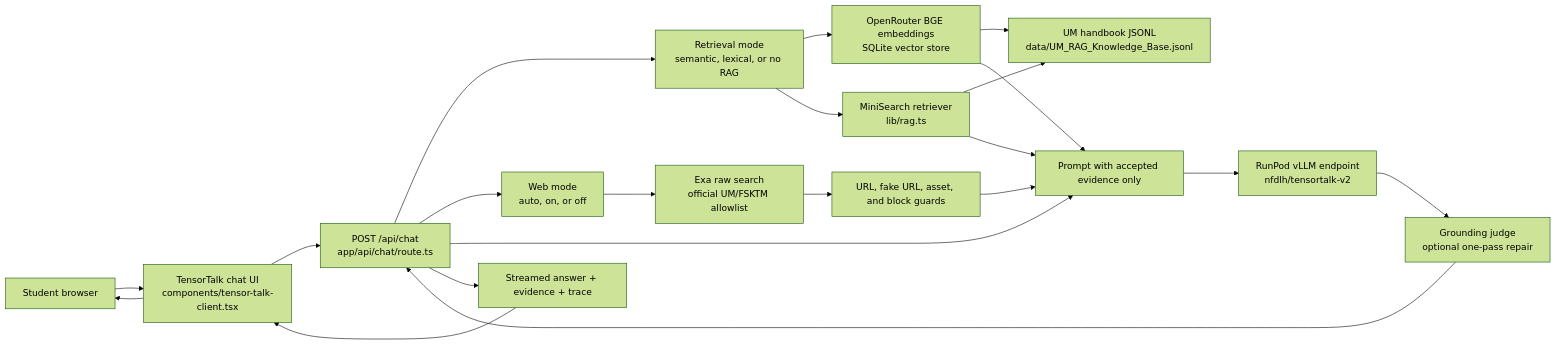
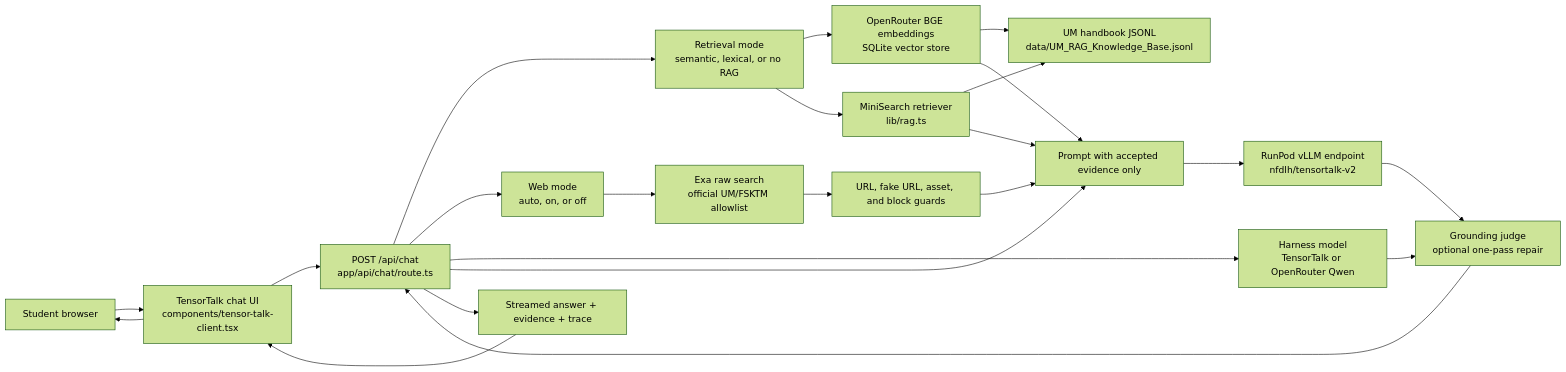
Before and after one commit to nfdlh/tensor-talk: the diagram in README.md, drawn with Mermaid (forest theme). The commit also changed other lines of this file and 9 other files, not shown here.

Commit message:
feat: add harness model switch

````diff
--- a/README.md
+++ b/README.md
@@ -17,29 +17,32 @@
 ```mermaid
 flowchart LR
   User["Student browser"]
   UI["TensorTalk chat UI<br/>components/tensor-talk-client.tsx"]
   API["POST /api/chat<br/>app/api/chat/route.ts"]
   Mode["Retrieval mode<br/>semantic, lexical, or no RAG"]
   WebMode["Web mode<br/>auto, on, or off"]
+  Harness["Harness model<br/>TensorTalk or OpenRouter Qwen"]
   Semantic["OpenRouter BGE embeddings<br/>SQLite vector store"]
   Lexical["MiniSearch retriever<br/>lib/rag.ts"]
   Exa["Exa raw search<br/>official UM/FSKTM allowlist"]
   Guard["URL, fake URL, asset, and block guards"]
   KB["UM handbook JSONL<br/>data/UM_RAG_Knowledge_Base.jsonl"]
   Prompt["Prompt with accepted evidence only"]
   Model["RunPod vLLM endpoint<br/>nfdlh/tensortalk-v2"]
   Judge["Grounding judge<br/>optional one-pass repair"]
   Response["Streamed answer + evidence + trace"]
 
   User --> UI --> API
   API --> Mode
   API --> WebMode
+  API --> Harness
   Mode --> Semantic --> KB
   Mode --> Lexical --> KB
   WebMode --> Exa --> Guard
   Semantic --> Prompt
   Lexical --> Prompt
   Guard --> Prompt
+  Harness --> Judge
   API --> Prompt --> Model --> Judge --> API
   API --> Response --> UI --> User
 ```
````
